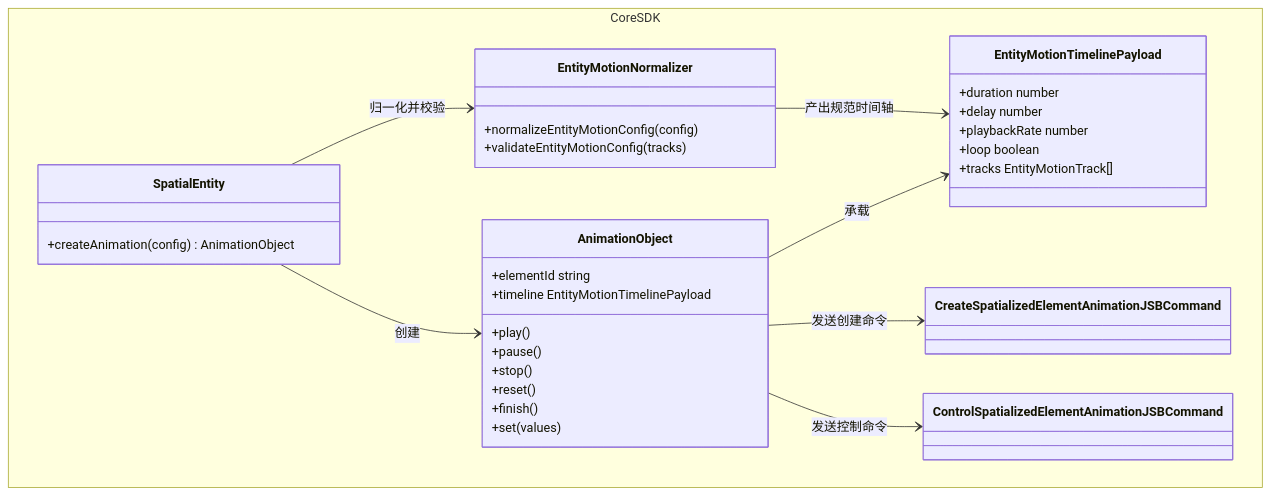
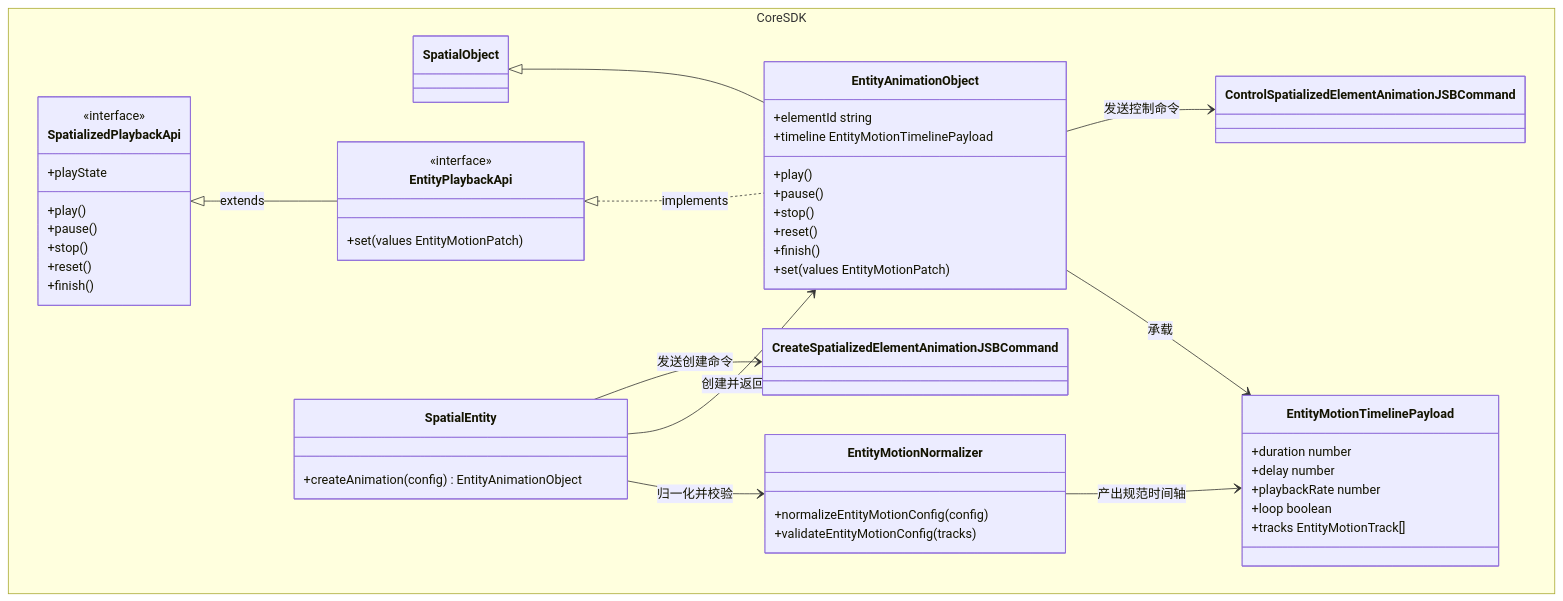
One commit to webspatial/webspatial-sdk changed the sixth of 14 diagrams in openspec/changes/redesign-entity-motion-api/design.zh.md. Above: the diagram before and after it, drawn with Mermaid. The commit also changed other lines of this file and 1 other file, not shown here.

````diff
--- a/openspec/changes/redesign-entity-motion-api/design.zh.md
+++ b/openspec/changes/redesign-entity-motion-api/design.zh.md
@@ -431,37 +472,54 @@
 ```mermaid
 classDiagram
     namespace CoreSDK {
+        class SpatialObject
+        class SpatializedPlaybackApi {
+            <<interface>>
+            +play()
+            +pause()
+            +stop()
+            +reset()
+            +finish()
+            +playState
+        }
+        class EntityPlaybackApi {
+            <<interface>>
+            +set(values EntityMotionPatch)
+        }
         class SpatialEntity {
-            +createAnimation(config) AnimationObject
+            +createAnimation(config) EntityAnimationObject
         }
         class EntityMotionNormalizer {
             +normalizeEntityMotionConfig(config)
             +validateEntityMotionConfig(tracks)
         }
         class EntityMotionTimelinePayload {
             +duration number
             +delay number
             +playbackRate number
             +loop boolean
             +tracks EntityMotionTrack[]
         }
-        class AnimationObject {
+        class EntityAnimationObject {
             +elementId string
             +timeline EntityMotionTimelinePayload
             +play()
             +pause()
             +stop()
             +reset()
             +finish()
-            +set(values)
+            +set(values EntityMotionPatch)
         }
         class CreateSpatializedElementAnimationJSBCommand
         class ControlSpatializedElementAnimationJSBCommand
     }
+    SpatializedPlaybackApi <|-- EntityPlaybackApi : extends
+    SpatialObject <|-- EntityAnimationObject
+    EntityPlaybackApi <|.. EntityAnimationObject : implements
     SpatialEntity --> EntityMotionNormalizer : 归一化并校验
     EntityMotionNormalizer --> EntityMotionTimelinePayload : 产出规范时间轴
-    SpatialEntity --> AnimationObject : 创建
-    AnimationObject --> EntityMotionTimelinePayload : 承载
-    AnimationObject --> CreateSpatializedElementAnimationJSBCommand : 发送创建命令
-    AnimationObject --> ControlSpatializedElementAnimationJSBCommand : 发送控制命令
+    SpatialEntity --> EntityAnimationObject : 创建并返回
+    EntityAnimationObject --> EntityMotionTimelinePayload : 承载
+    SpatialEntity --> CreateSpatializedElementAnimationJSBCommand : 发送创建命令
+    EntityAnimationObject --> ControlSpatializedElementAnimationJSBCommand : 发送控制命令
 ```
````
